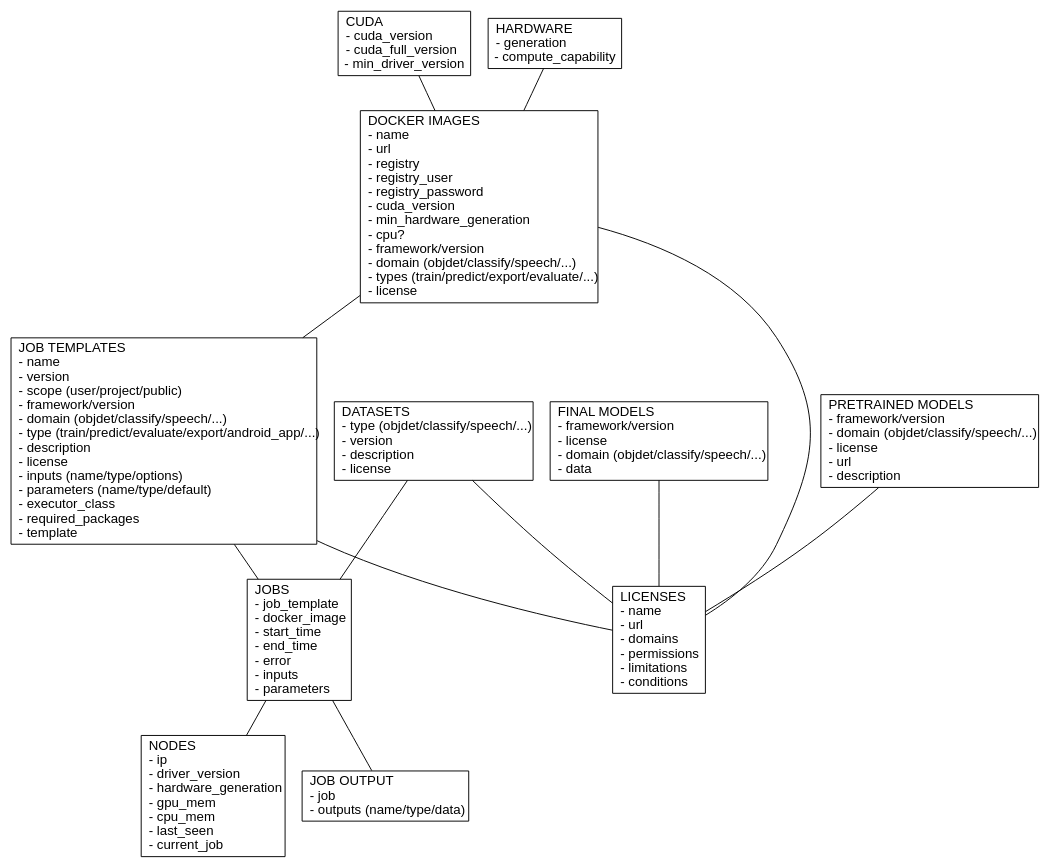
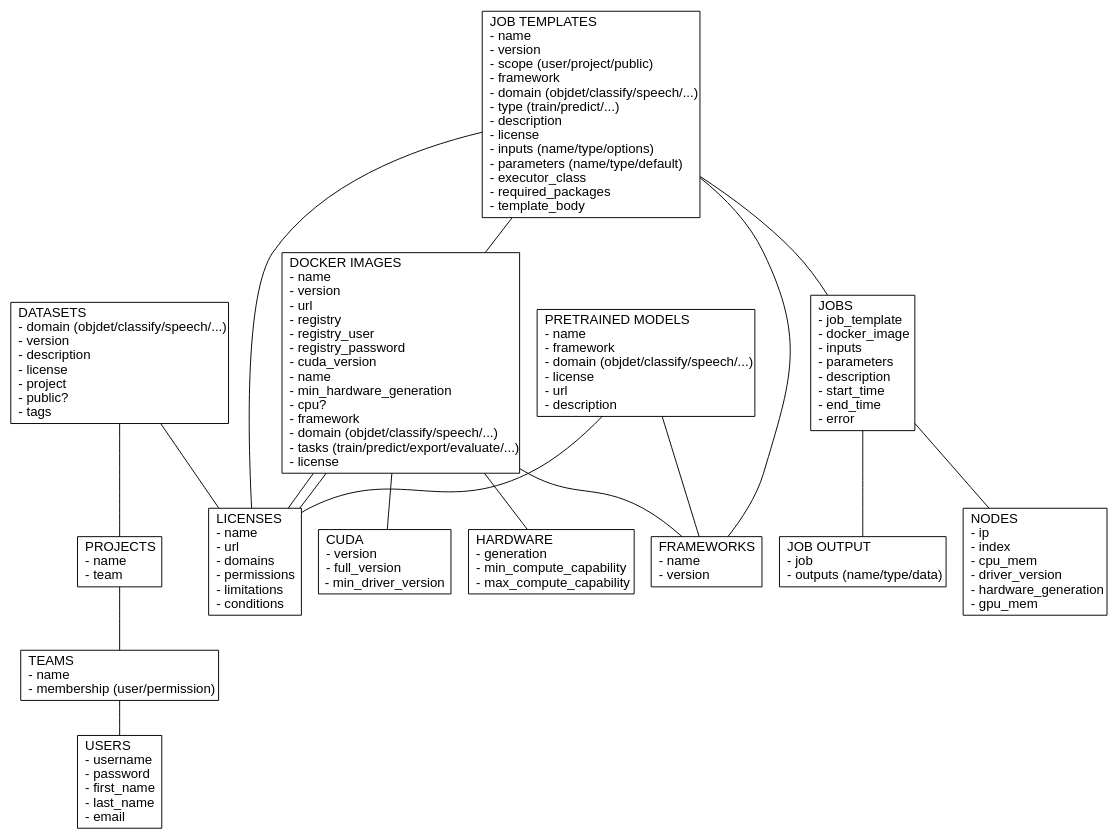
One commit to waikato-ufdl/ufdl-api changed the diagram in docs/img/api.dot. Above: the diagram before and after it, drawn with Graphviz. The commit also changed 1 other file, not shown here.

Commit message:
reflection current state

```diff
--- a/docs/img/api.dot
+++ b/docs/img/api.dot
@@ -1,29 +1,39 @@
 graph {
 
   node [shape=record fontname=Arial];
 
-  cuda [label = "CUDA\l- cuda_version\l- cuda_full_version\l- min_driver_version"];
-  hardware [label = "HARDWARE\l- generation\l- compute_capability"];
+  users [label = "USERS\l- username\l- password\l- first_name\l- last_name\l- email\l"];
+  teams [label = "TEAMS\l- name\l- membership (user/permission)\l"];
+  projects [label = "PROJECTS\l- name\l- team\l"];
   licenses [label = "LICENSES\l- name\l- url\l- domains\l- permissions\l- limitations\l- conditions\l"];
-  datasets [label = "DATASETS\l- type (objdet/classify/speech/...)\l- version\l- description\l- license\l"];
-  pretrained_models [label = "PRETRAINED MODELS\l- framework/version\l- domain (objdet/classify/speech/...)\l- license\l- url\l- description\l"];
-  final_models [label = "FINAL MODELS\l- framework/version\l- license\l- domain (objdet/classify/speech/...)\l- data\l"];
-  nodes [label = "NODES\l- ip\l- driver_version\l- hardware_generation\l- gpu_mem\l- cpu_mem\l- last_seen\l- current_job\l"];
-  jobs [label = "JOBS\l- job_template\l- docker_image\l- start_time\l- end_time\l- error\l- inputs\l- parameters\l"];
-  job_templates [label = "JOB TEMPLATES\l- name\l- version\l- scope (user/project/public)\l- framework/version\l- domain (objdet/classify/speech/...)\l- type (train/predict/evaluate/export/android_app/...)\l- description\l- license\l- inputs (name/type/options)\l- parameters (name/type/default)\l- executor_class\l- required_packages\l- template\l"];
+
+  cuda [label = "CUDA\l- version\l- full_version\l- min_driver_version"];
+  docker_images [label = "DOCKER IMAGES\l- name\l- version\l- url\l- registry\l- registry_user\l- registry_password\l- cuda_version\l- name\l- min_hardware_generation\l- cpu?\l- framework\l- domain (objdet/classify/speech/...)\l- tasks (train/predict/export/evaluate/...)\l- license\l"];
+  frameworks [label = "FRAMEWORKS\l- name\l- version\l"];
+  hardware [label = "HARDWARE\l- generation\l- min_compute_capability\l- max_compute_capability\l"];
+  nodes [label = "NODES\l- ip\l- index\l- cpu_mem\l- driver_version\l- hardware_generation\l- gpu_mem\l"];
+
+  datasets [label = "DATASETS\l- domain (objdet/classify/speech/...)\l- version\l- description\l- license\l- project\l- public?\l- tags\l"];
+  pretrained_models [label = "PRETRAINED MODELS\l- name\l- framework\l- domain (objdet/classify/speech/...)\l- license\l- url\l- description\l"];
+  job_templates [label = "JOB TEMPLATES\l- name\l- version\l- scope (user/project/public)\l- framework\l- domain (objdet/classify/speech/...)\l- type (train/predict/...)\l- description\l- license\l- inputs (name/type/options)\l- parameters (name/type/default)\l- executor_class\l- required_packages\l- template_body\l"];
+  jobs [label = "JOBS\l- job_template\l- docker_image\l- inputs\l- parameters\l- description\l- start_time\l- end_time\l- error\l"];
   job_output [label = "JOB OUTPUT\l- job\l- outputs (name/type/data)\l"];
-  docker_images [label = "DOCKER IMAGES\l- name\l- url\l- registry\l- registry_user\l- registry_password\l- cuda_version\l- min_hardware_generation\l- cpu?\l- framework/version\l- domain (objdet/classify/speech/...)\l- types (train/predict/export/evaluate/...)\l- license\l"];
 
-  cuda -- docker_images;
-  hardware -- docker_images;
+  teams -- users;
+  projects -- teams;
   datasets -- licenses;
-  datasets -- jobs;
+  datasets -- projects;
+  pretrained_models -- frameworks;
   pretrained_models -- licenses;
-  final_models -- licenses;
+  docker_images -- licenses;
+  docker_images -- cuda;
+  docker_images -- hardware;
+  docker_images -- frameworks;
+  docker_images -- licenses;
   job_templates -- jobs;
   job_templates -- licenses;
+  job_templates -- frameworks;
+  job_templates -- docker_images;
   jobs -- job_output;
   jobs -- nodes;
-  docker_images -- job_templates;
-  docker_images -- licenses;
 }
```
